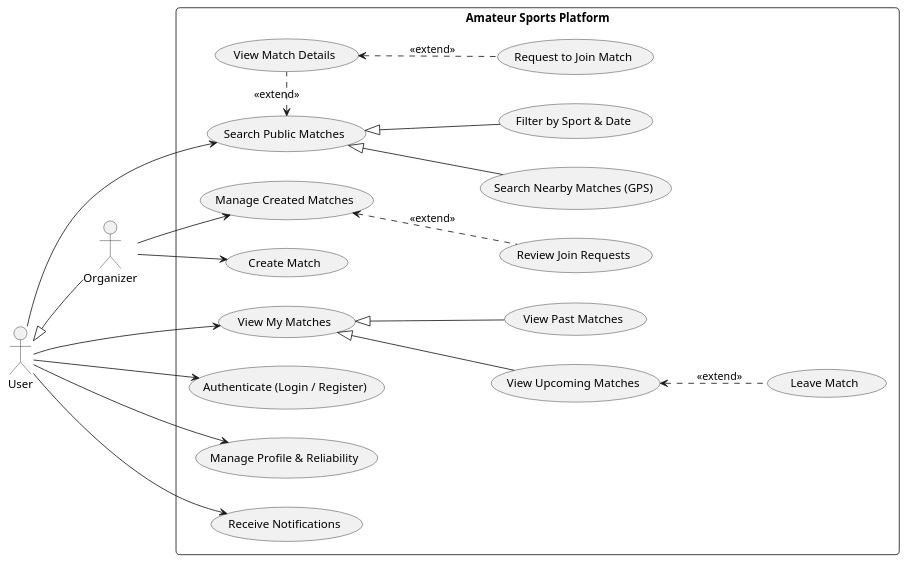
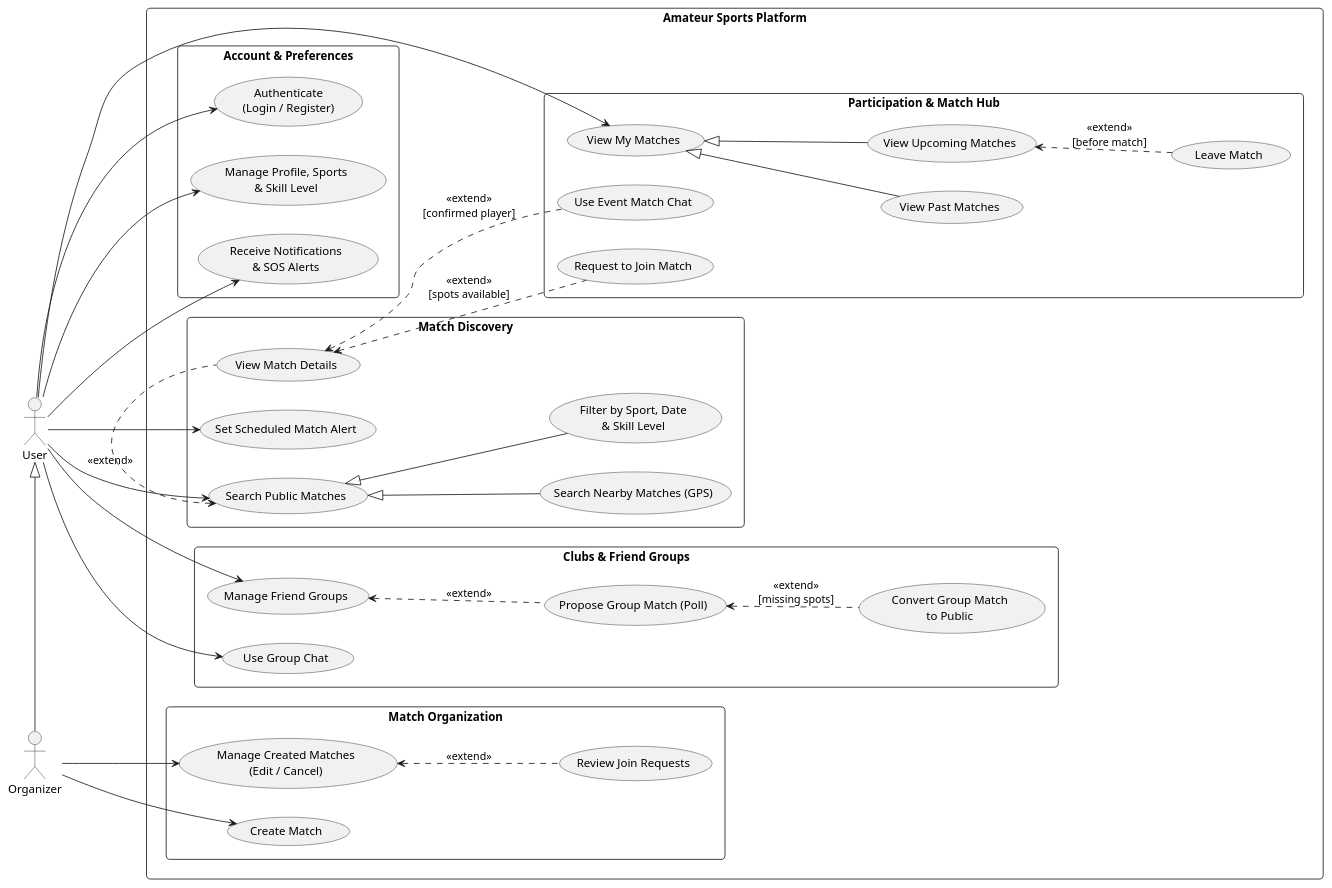
Before and after one commit to MarianiFabio/sport-matchmaker-flutter: the diagram in UML/UseCase.puml, drawn with PlantUML. The commit also changed 6 other files, not shown here.

Commit message:
UML potenzialmente ultimati

```diff
--- a/UML/UseCase.puml
+++ b/UML/UseCase.puml
@@ -1,63 +1,90 @@
 @startuml
 left to right direction
 skinparam packageStyle rectangle
 skinparam roundcorner 10
+'skinparam actorStyle awesome
 
 actor "User" as U
 actor "Organizer" as O
 
-' Specializzazione: Organizer eredita tutte le azioni dello User
-O -up-|> U
+' Specializzazione: Organizer è un User
+O -left-|> U
 
 rectangle "Amateur Sports Platform" {
 
-    ' Accesso e Profilo
-    usecase "Authenticate (Login / Register)" as UC_Auth
-    usecase "Manage Profile & Reliability" as UC_Profile
-    usecase "Receive Notifications" as UC_Notif
+    ' Profilo & Preferenze
+    package "Account & Preferences" {
+        usecase "Authenticate\n(Login / Register)" as UC_Auth
+        usecase "Manage Profile, Sports\n& Skill Level" as UC_Profile
+        usecase "Receive Notifications\n& SOS Alerts" as UC_Notif
+    }
 
-    ' Ricerca Partite Pubbliche
-    usecase "Search Public Matches" as UC_Search
-    usecase "Filter by Sport & Date" as UC_Filter
-    usecase "Search Nearby Matches (GPS)" as UC_SearchNear
-    usecase "View Match Details" as UC_Details
-    usecase "Request to Join Match" as UC_Join
+    ' Ricerca & Discovery
+    package "Match Discovery" {
+        usecase "Search Public Matches" as UC_Search
+        usecase "Filter by Sport, Date\n& Skill Level" as UC_Filter
+        usecase "Search Nearby Matches (GPS)" as UC_SearchNear
+        usecase "Set Scheduled Match Alert" as UC_Alert
+        usecase "View Match Details" as UC_Details
+    }
 
-    ' Le Mie Partite (Iscrizioni e Storico)
-    usecase "View My Matches" as UC_MyMatches
-    usecase "View Upcoming Matches" as UC_Upcoming
-    usecase "View Past Matches" as UC_Past
-    usecase "Leave Match" as UC_Leave
+    ' Partecipazione & Chat di Partita
+    package "Participation & Match Hub" {
+        usecase "View My Matches" as UC_MyMatches
+        usecase "View Upcoming Matches" as UC_Upcoming
+        usecase "View Past Matches" as UC_Past
+        usecase "Request to Join Match" as UC_Join
+        usecase "Leave Match" as UC_Leave
+        usecase "Use Event Match Chat" as UC_EventChat
+    }
 
-    ' Azioni specifiche dell'Organizzatore
-    usecase "Create Match" as UC_Create
-    usecase "Manage Created Matches" as UC_Manage
-    usecase "Review Join Requests" as UC_Requests
+    ' Club & Gruppi Amici
+    package "Clubs & Friend Groups" {
+        usecase "Manage Friend Groups" as UC_ManageGroup
+        usecase "Use Group Chat" as UC_GroupChat
+        usecase "Propose Group Match (Poll)" as UC_GroupPoll
+        usecase "Convert Group Match\nto Public" as UC_ConvertPublic
+    }
+
+    ' Gestione Organizzatore
+    package "Match Organization" {
+        usecase "Create Match" as UC_Create
+        usecase "Manage Created Matches\n(Edit / Cancel)" as UC_Manage
+        usecase "Review Join Requests" as UC_Requests
+    }
 }
 
 ' Collegamenti Utente (Base)
 U --> UC_Auth
 U --> UC_Profile
 U --> UC_Notif
 U --> UC_Search
+U --> UC_Alert
 U --> UC_MyMatches
+U --> UC_ManageGroup
+U --> UC_GroupChat
 
-' Specializzazioni della ricerca pubblica
+' Specializzazioni Ricerca
 UC_Filter -up-|> UC_Search
 UC_SearchNear -up-|> UC_Search
 
-' Flusso Dettaglio e Partecipazione
+' Flussi Estesi con Condizioni (Guardie)
 UC_Details .left.> UC_Search : <<extend>>
-UC_Join .up.> UC_Details : <<extend>>
+UC_Join .up.> UC_Details : <<extend>>\n[spots available]
+UC_EventChat .left.> UC_Details : <<extend>>\n[confirmed player]
 
 ' Specializzazioni "Le Mie Partite"
 UC_Upcoming -up-|> UC_MyMatches
 UC_Past -up-|> UC_MyMatches
-UC_Leave .up.> UC_Upcoming : <<extend>>
+UC_Leave .up.> UC_Upcoming : <<extend>>\n[before match]
+
+' Flussi nei Gruppi
+UC_GroupPoll .up.> UC_ManageGroup : <<extend>>
 
 ' Collegamenti Organizzatore
 O --> UC_Create
 O --> UC_Manage
 UC_Requests .up.> UC_Manage : <<extend>>
+UC_ConvertPublic .up.> UC_GroupPoll : <<extend>>\n[missing spots]
 
 @enduml
```
